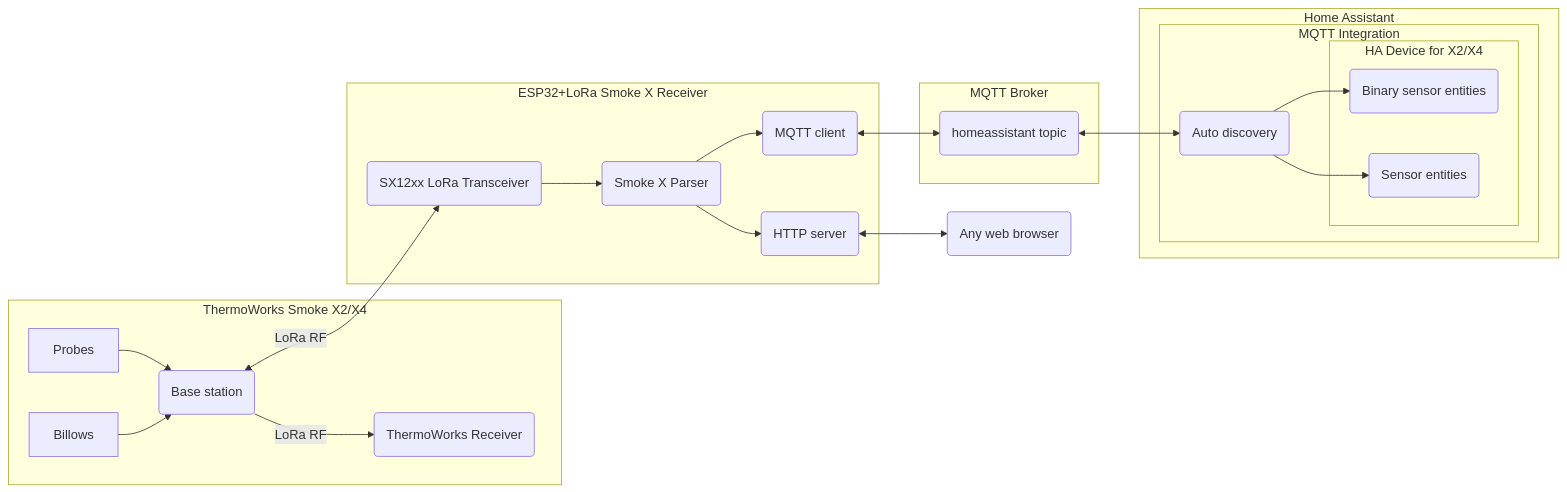
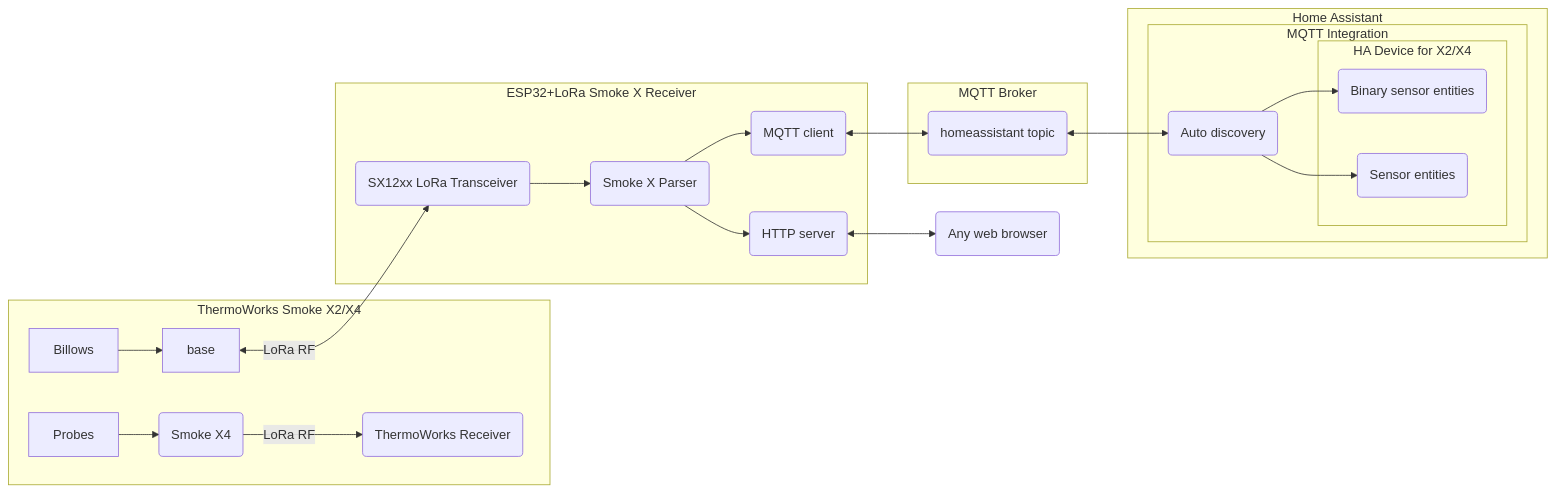
One commit to binbuf/smoke-x4-smart-bridge changed the diagram in docs/reference/smoke-x-receiver/README.md. Above: the diagram before and after it, drawn with Mermaid. The commit also changed other lines of this file and 129 other files, not shown here.

````diff
--- a/docs/reference/smoke-x-receiver/README.md
+++ b/docs/reference/smoke-x-receiver/README.md
@@ -35,37 +35,37 @@
 ```mermaid
 flowchart LR
   base <-->|LoRa RF| lora_sx12xx(SX12xx LoRa Transceiver)
   mqclient <--> mq
   mq <--> ha
   web <--> browser(Any web browser)
 
   subgraph ThermoWorks Smoke X2/X4
-    Probes --> base(Base station) -->|LoRa RF| recv(ThermoWorks Receiver)
+    Probes --> smoke(Smoke X4) -->|LoRa RF| recv(ThermoWorks Receiver)
     Billows --> base
   end
 
   subgraph esp32 [ESP32+LoRa Smoke X Receiver]
     lora_sx12xx --> smoke_x_parser(Smoke X Parser)
     smoke_x_parser --> mqclient(MQTT client)
     smoke_x_parser --> web(HTTP server)
   end
 
   subgraph mqttb [MQTT Broker]
     mq(homeassistant topic)
   end
 
   subgraph Home Assistant
     mq_int
   end
 
   subgraph ha_dev [HA Device for X2/X4]
     e1(Binary sensor entities)
     e2(Sensor entities)
   end
 
   subgraph mq_int [MQTT Integration]
     ha(Auto discovery) --> e1
     ha(Auto discovery) --> e2
     ha_dev
   end
 ```
````
